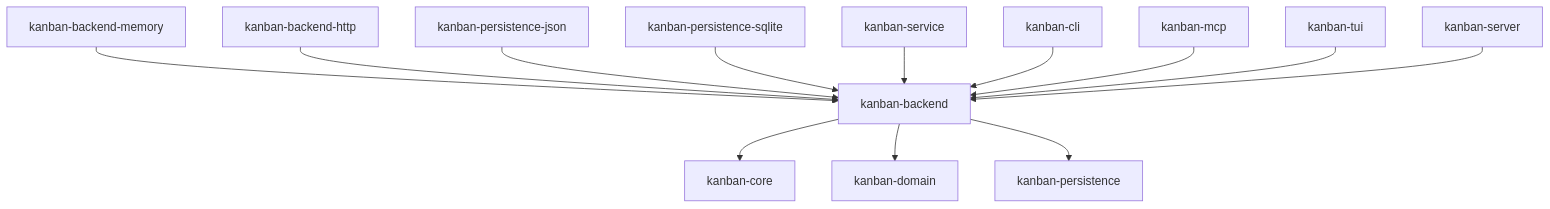
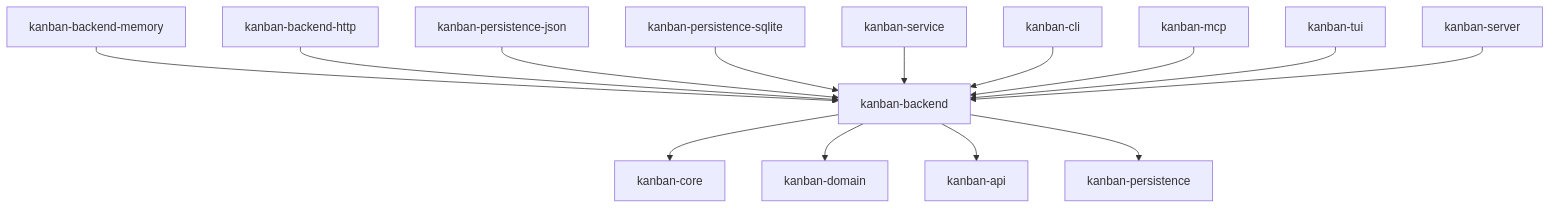
Before and after one commit to kanban-rs/kanban: the diagram in crates/kanban-backend/README.md, drawn with Mermaid. The commit also changed other lines of this file and 14 other files, not shown here.

````diff
--- a/crates/kanban-backend/README.md
+++ b/crates/kanban-backend/README.md
@@ -142,30 +142,32 @@
 ```mermaid
 graph TD
     CORE[kanban-core]
     DOM[kanban-domain]
+    API[kanban-api]
     PER[kanban-persistence]
     BE[kanban-backend]
     BEMEM[kanban-backend-memory]
     BEHTTP[kanban-backend-http]
     JSON[kanban-persistence-json]
     SQL[kanban-persistence-sqlite]
     SVC[kanban-service]
     CLI[kanban-cli]
     MCP[kanban-mcp]
     TUI[kanban-tui]
     SRV[kanban-server]
 
     BE --> CORE
     BE --> DOM
+    BE --> API
     BE --> PER
 
     BEMEM --> BE
     BEHTTP --> BE
     JSON --> BE
     SQL --> BE
     SVC --> BE
     CLI --> BE
     MCP --> BE
     TUI --> BE
     SRV --> BE
 ```
````
